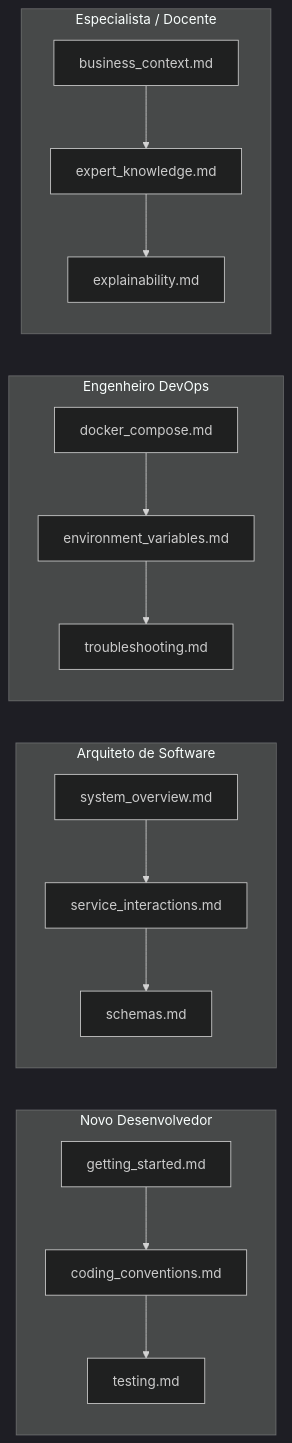
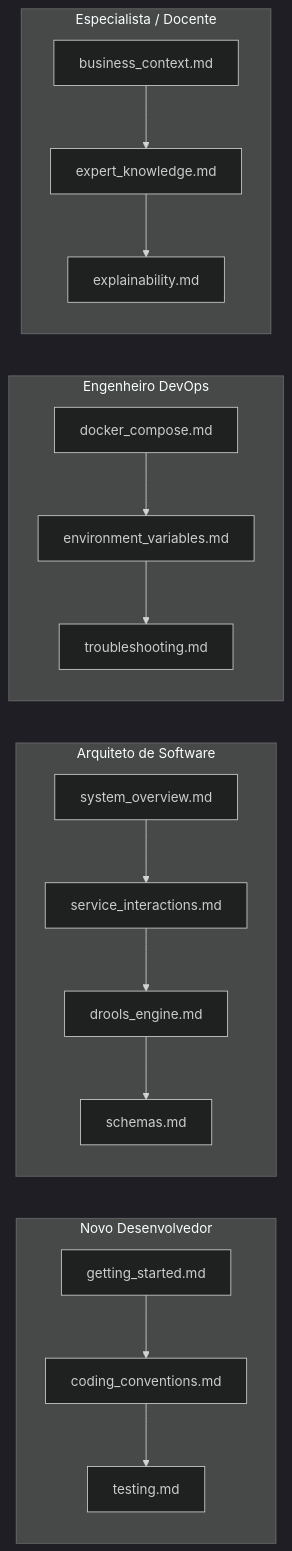
The second of 2 diagrams in docs/README.md (Santiago-1211173/meia-equipa3-challenge1-26_27), drawn with Mermaid (dark theme) before and after one commit. The commit also changed other lines of this file and 23 other files, not shown here.

Commit message:
docs: add comprehensive documentation for architecture, API, deployment, and development guides

````diff
--- a/docs/README.md
+++ b/docs/README.md
@@ -136,18 +139,18 @@
 ```mermaid
 flowchart LR
     subgraph PerfilDev ["Novo Desenvolvedor"]
         D1["getting_started.md"] --> D2["coding_conventions.md"] --> D3["testing.md"]
     end
 
     subgraph PerfilArch ["Arquiteto de Software"]
-        A1["system_overview.md"] --> A2["service_interactions.md"] --> A3["schemas.md"]
+        A1["system_overview.md"] --> A2["service_interactions.md"] --> A3["drools_engine.md"] --> A4["schemas.md"]
     end
 
     subgraph PerfilOps ["Engenheiro DevOps"]
         O1["docker_compose.md"] --> O2["environment_variables.md"] --> O3["troubleshooting.md"]
     end
 
     subgraph PerfilBiz ["Especialista / Docente"]
         B1["business_context.md"] --> B2["expert_knowledge.md"] --> B3["explainability.md"]
     end
 ```
````
